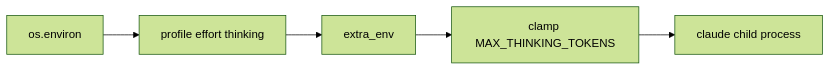
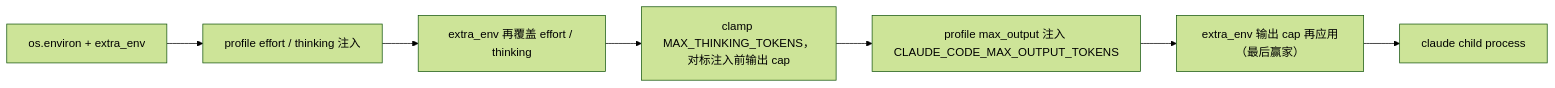
The second of 2 diagrams in video/htmlvideo-worker/build_assets/docs/claude-cli-skill-profiles.md (gowtdy/cm-worker), drawn with Mermaid (forest theme) before and after one commit. The commit also changed other lines of this file and 2 other files, not shown here.

First line of the commit message:
docs(claude-cli): sync profiles doc with stage-graded caps; tag legacy frame-html path

````diff
--- a/video/htmlvideo-worker/build_assets/docs/claude-cli-skill-profiles.md
+++ b/video/htmlvideo-worker/build_assets/docs/claude-cli-skill-profiles.md
@@ -90,7 +91,9 @@
 ```mermaid
 flowchart LR
-  osEnv[os.environ] --> profileEnv[profile effort thinking]
-  profileEnv --> extraEnv[extra_env]
-  extraEnv --> clamp[clamp MAX_THINKING_TOKENS]
-  clamp --> child[claude child process]
+  osEnv[os.environ + extra_env] --> profileEnv[profile effort / thinking 注入]
+  profileEnv --> extraEnv[extra_env 再覆盖 effort / thinking]
+  extraEnv --> clamp[clamp MAX_THINKING_TOKENS，对标注入前输出 cap]
+  clamp --> capInject[profile max_output 注入 CLAUDE_CODE_MAX_OUTPUT_TOKENS]
+  capInject --> extraCap[extra_env 输出 cap 再应用（最后赢家）]
+  extraCap --> child[claude child process]
 ```
````
